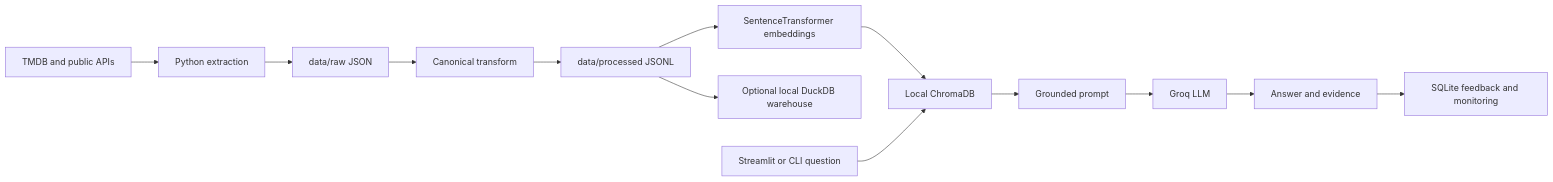
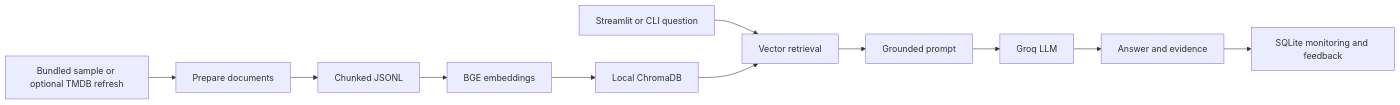
One commit to harshitm1297/LLM_Zoomcamp changed the diagram in final-project/README.md. Above: the diagram before and after it, drawn with Mermaid. The commit also changed other lines of this file and 70 other files, not shown here.

````diff
--- a/final-project/README.md
+++ b/final-project/README.md
@@ -20,15 +20,13 @@
 ```mermaid
 flowchart LR
-    A[TMDB and public APIs] --> B[Python extraction]
-    B --> C[data/raw JSON]
-    C --> D[Canonical transform]
-    D --> E[data/processed JSONL]
-    E --> G[SentenceTransformer embeddings]
-    G --> H[Local ChromaDB]
-    E --> F[Optional local DuckDB warehouse]
-    I[Streamlit or CLI question] --> H
-    H --> K[Grounded prompt]
-    K --> L[Groq LLM]
-    L --> M[Answer and evidence]
-    M --> N[SQLite feedback and monitoring]
+    A[Bundled sample or optional TMDB refresh] --> B[Prepare documents]
+    B --> C[Chunked JSONL]
+    C --> D[BGE embeddings]
+    D --> E[Local ChromaDB]
+    F[Streamlit or CLI question] --> G[Vector retrieval]
+    E --> G
+    G --> H[Grounded prompt]
+    H --> I[Groq LLM]
+    I --> J[Answer and evidence]
+    J --> K[SQLite monitoring and feedback]
 ```
````
